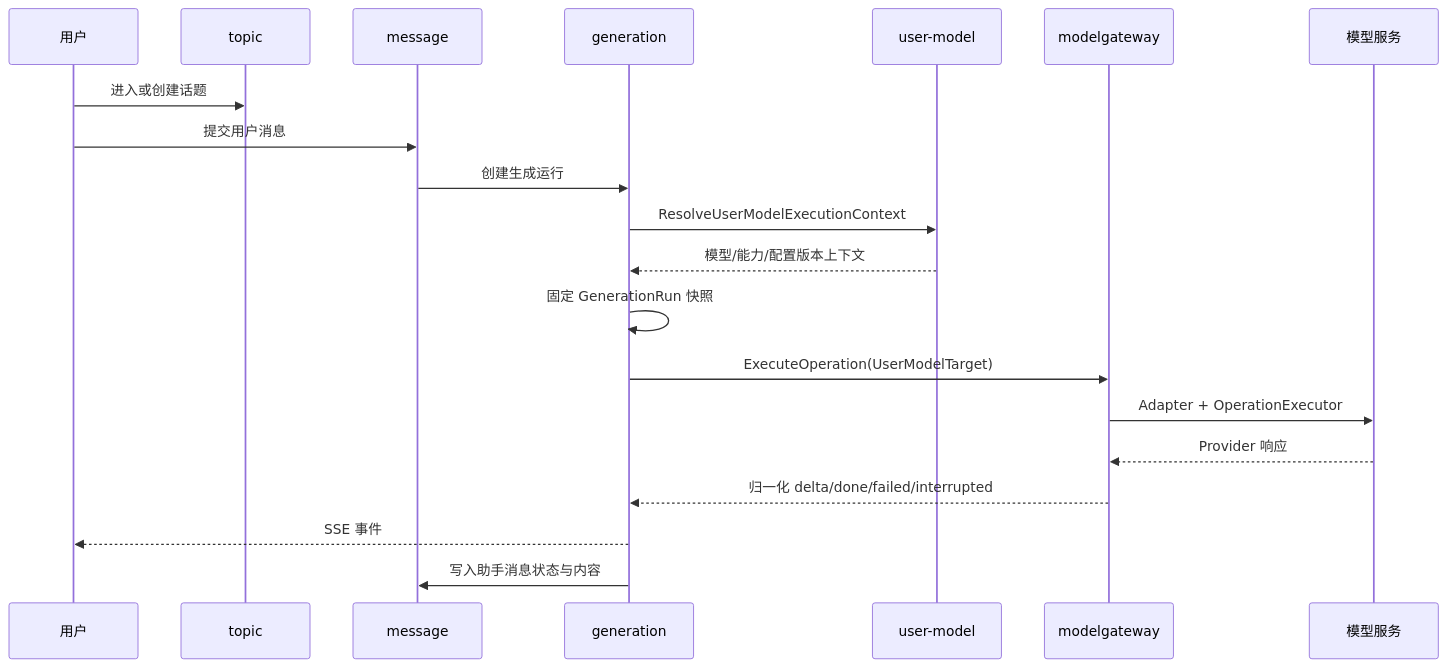
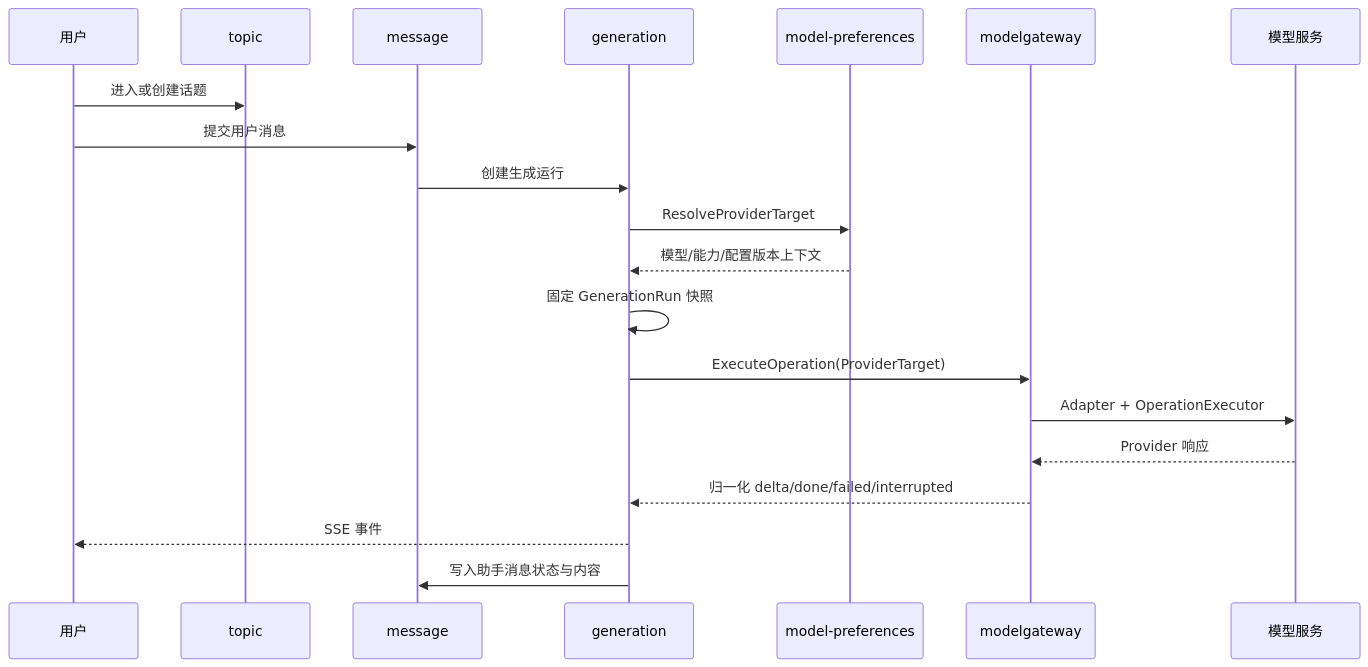
One commit to wangweihong/omnimam-spec changed the diagram in 02_architecture/domains/ai-chatting.md. Above: the diagram before and after it, drawn with Mermaid. The commit also changed other lines of this file and 67 other files, not shown here.

Commit message:
spec: implement unified provider account architecture

````diff
--- a/02_architecture/domains/ai-chatting.md
+++ b/02_architecture/domains/ai-chatting.md
@@ -31,23 +31,23 @@
 ```mermaid
 sequenceDiagram
   participant User as 用户
   participant Topic as topic
   participant Msg as message
   participant Gen as generation
-  participant Model as user-model
+  participant Model as model-preferences
   participant Gateway as modelgateway
   participant Provider as 模型服务
 
   User->>Topic: 进入或创建话题
   User->>Msg: 提交用户消息
   Msg->>Gen: 创建生成运行
-  Gen->>Model: ResolveUserModelExecutionContext
+  Gen->>Model: ResolveProviderTarget
   Model-->>Gen: 模型/能力/配置版本上下文
   Gen->>Gen: 固定 GenerationRun 快照
-  Gen->>Gateway: ExecuteOperation(UserModelTarget)
+  Gen->>Gateway: ExecuteOperation(ProviderTarget)
   Gateway->>Provider: Adapter + OperationExecutor
   Provider-->>Gateway: Provider 响应
   Gateway-->>Gen: 归一化 delta/done/failed/interrupted
   Gen-->>User: SSE 事件
   Gen->>Msg: 写入助手消息状态与内容
 ```
````
